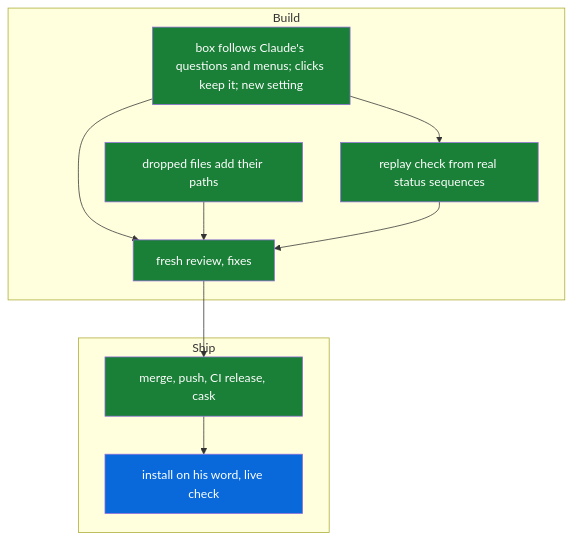
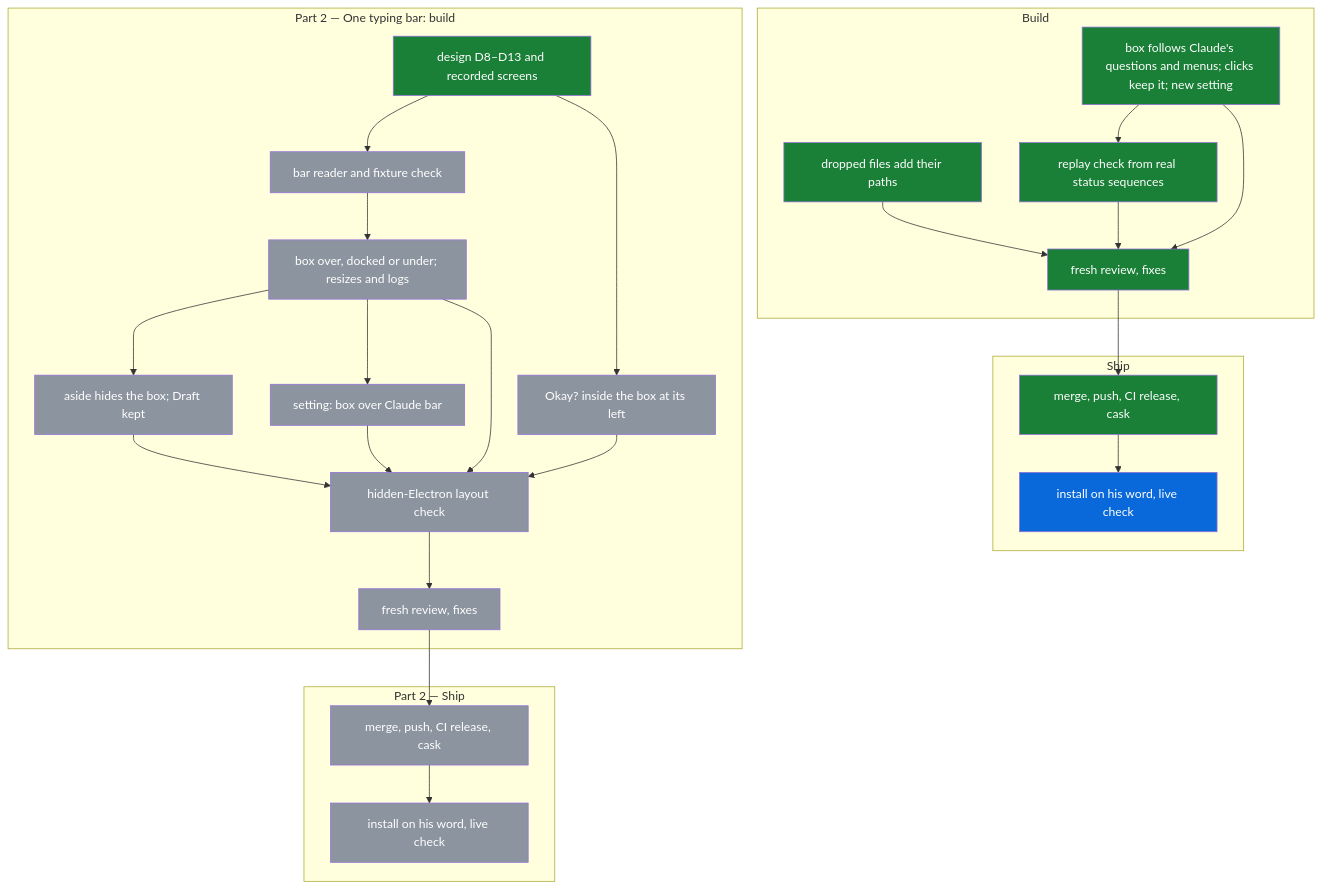
Before and after one commit to michaeljryoung/patton: the diagram in docs/compose-box.md, drawn with Mermaid. The commit also changed other lines of this file and 1 other file, not shown here.

First line of the commit message:
Compose box part 2 design: one typing bar (D8-D13), recorded Claude Code screens, map (S58)

````diff
--- a/docs/compose-box.md
+++ b/docs/compose-box.md
@@ -10,25 +11,51 @@
 ```mermaid
 flowchart TD
   subgraph B["Build"]
     box_core[box follows Claude's questions and menus; clicks keep it; new setting]:::done
     box_drop[dropped files add their paths]:::done
     box_replay[replay check from real status sequences]:::done
     box_review[fresh review, fixes]:::done
   end
   subgraph S["Ship"]
     box_release[merge, push, CI release, cask]:::done
     box_ship[install on his word, live check]:::live
   end
+  subgraph O["Part 2 — One typing bar: build"]
+    bar_design[design D8–D13 and recorded screens]:::done
+    bar_reader[bar reader and fixture check]:::todo
+    bar_placement[box over, docked or under; resizes and logs]:::todo
+    bar_aside[aside hides the box; Draft kept]:::todo
+    okay_in_box[Okay? inside the box at its left]:::todo
+    over_setting[setting: box over Claude bar]:::todo
+    bar_layout_check[hidden-Electron layout check]:::todo
+    bar_review[fresh review, fixes]:::todo
+  end
+  subgraph OS["Part 2 — Ship"]
+    bar_release[merge, push, CI release, cask]:::todo
+    bar_ship[install on his word, live check]:::todo
+  end
   box_core --> box_replay
   box_core --> box_review
   box_drop --> box_review
   box_replay --> box_review
   box_review --> box_release
   box_release --> box_ship
+  bar_design --> bar_reader
+  bar_reader --> bar_placement
+  bar_placement --> bar_aside
+  bar_design --> okay_in_box
+  bar_placement --> over_setting
+  bar_placement --> bar_layout_check
+  bar_aside --> bar_layout_check
+  okay_in_box --> bar_layout_check
+  over_setting --> bar_layout_check
+  bar_layout_check --> bar_review
+  bar_review --> bar_release
+  bar_release --> bar_ship
   classDef done fill:#1a7f37,color:#fff
   classDef live fill:#0969da,color:#fff
   classDef todo fill:#8c959f,color:#fff
   classDef blocked fill:#cf222e,color:#fff
   classDef dropped fill:#eaeef2,color:#57606a
   classDef superseded fill:#eaeef2,color:#57606a
 ```
````
